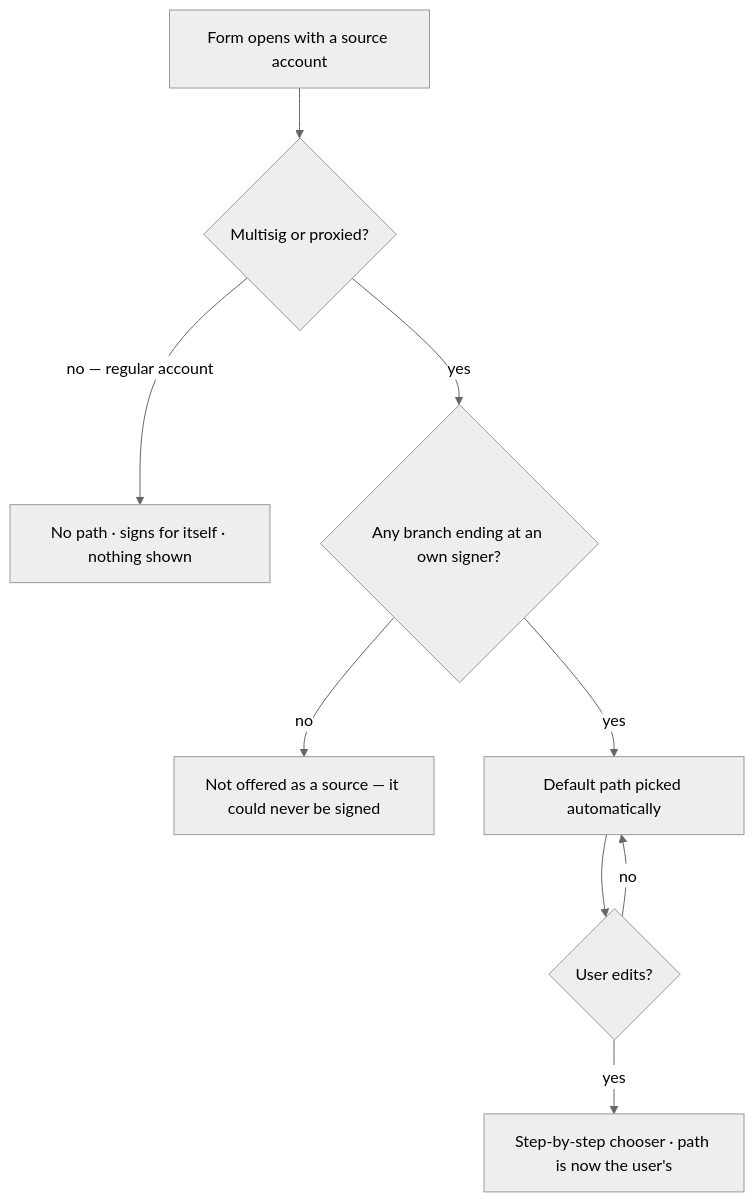
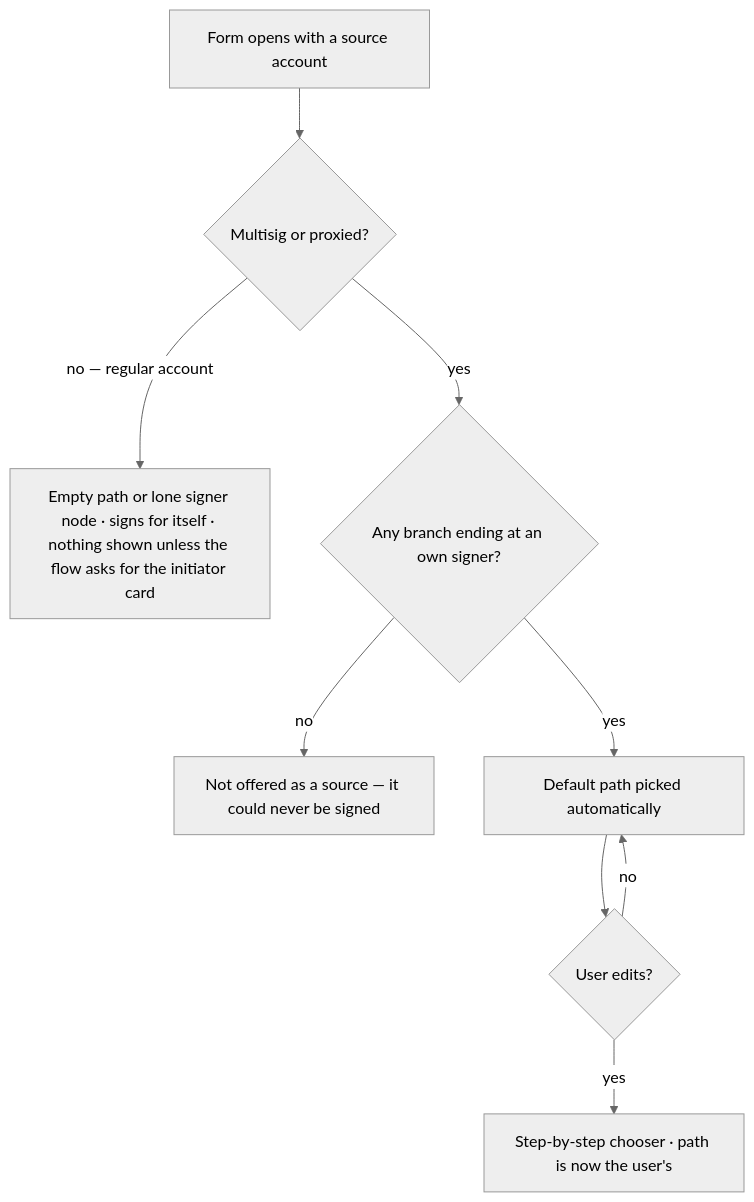
Before and after one commit to novasamatech/nova-spektr: the diagram in src/renderer/features/signing-path/README.md, drawn with Mermaid (neutral theme). The commit also changed other lines of this file and 49 other files, not shown here.

First line of the commit message:
feat(staking): local accounts as initiator in the dashboard flows (#6006)

````diff
--- a/src/renderer/features/signing-path/README.md
+++ b/src/renderer/features/signing-path/README.md
@@ -76,11 +83,11 @@
 ```mermaid
 flowchart TD
     START["Form opens with a source account"] --> Q1{"Multisig or proxied?"}
-    Q1 -- "no — regular account" --> NONE["No path · signs for itself · nothing shown"]
+    Q1 -- "no — regular account" --> NONE["Empty path or lone signer node · signs for itself · nothing shown unless the flow asks for the initiator card"]
     Q1 -- "yes" --> Q2{"Any branch ending at an own signer?"}
     Q2 -- "no" --> DEAD["Not offered as a source — it could never be signed"]
     Q2 -- "yes" --> DEF["Default path picked automatically"]
     DEF --> EDIT{"User edits?"}
     EDIT -- "no" --> DEF
     EDIT -- "yes" --> PICK["Step-by-step chooser · path is now the user's"]
 ```
````
